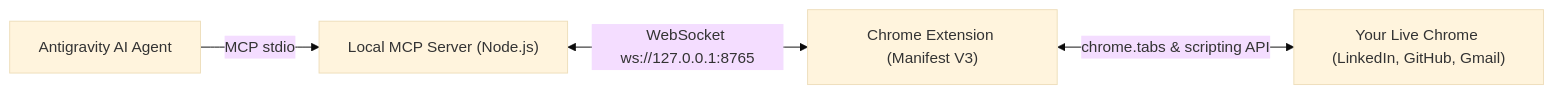
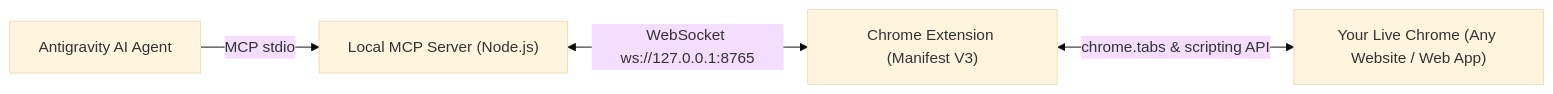
The diagram in README.md (hashan-lakshitha/antigravity-browser-operator), drawn with Mermaid (base theme) before and after one commit. The commit also changed other lines of this file, not shown here.

Commit message:
docs: generalize target in diagram to Any Website / Web App

````diff
--- a/README.md
+++ b/README.md
@@ -11,6 +11,6 @@
 ```mermaid
 graph LR
   A["Antigravity AI Agent"] -->|MCP stdio| B["Local MCP Server (Node.js)"]
   B <-->|WebSocket ws://127.0.0.1:8765| C["Chrome Extension (Manifest V3)"]
-  C <-->|chrome.tabs & scripting API| D["Your Live Chrome (LinkedIn, GitHub, Gmail)"]
+  C <-->|chrome.tabs & scripting API| D["Your Live Chrome (Any Website / Web App)"]
 ```
````
